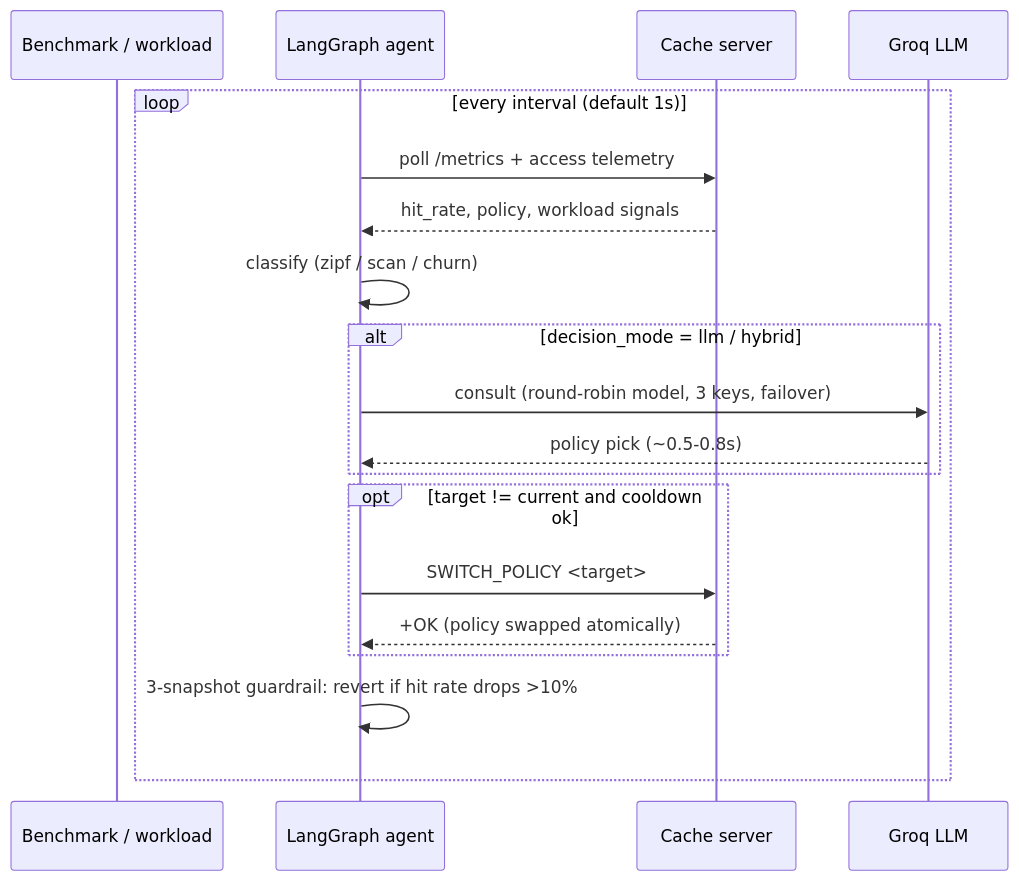
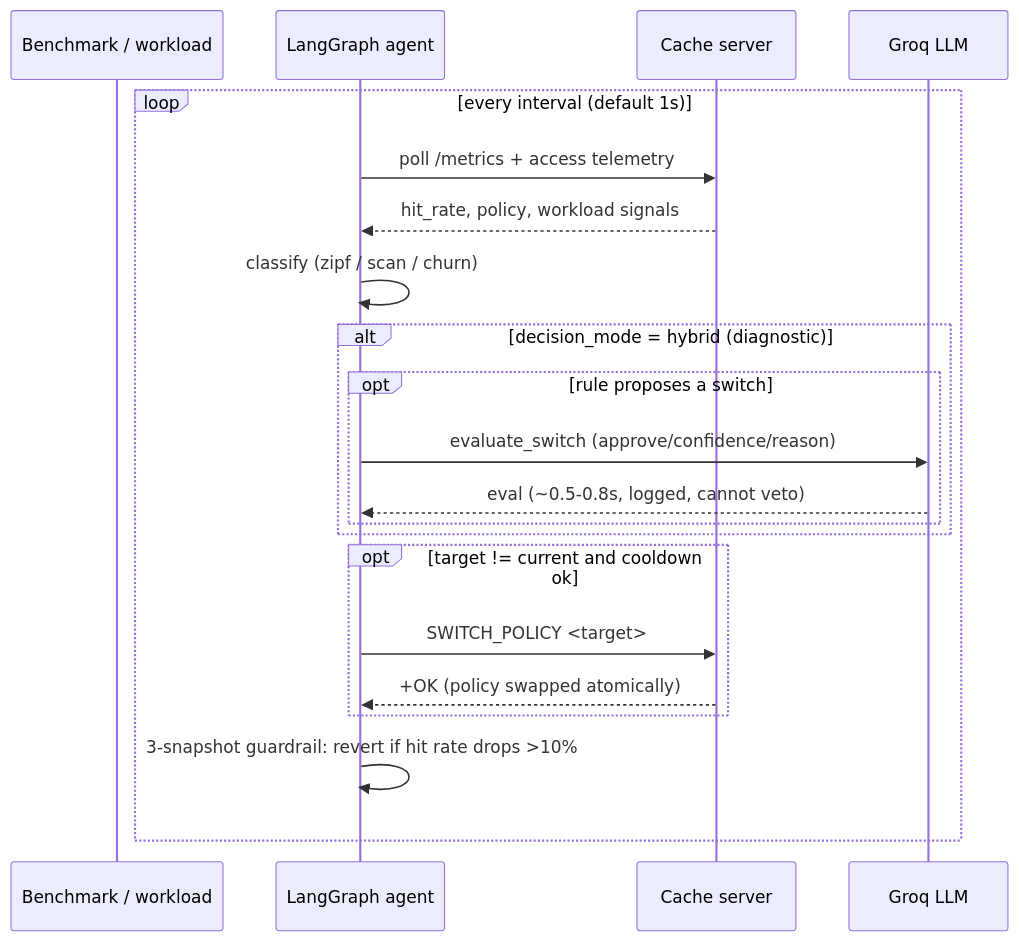
The second of 2 diagrams in README.md (ima-d-ice/polycache), drawn with Mermaid before and after one commit. The commit also changed other lines of this file and 1 other file, not shown here.

First line of the commit message:
report: final 5-seed decision-mode compare (INCONCLUSIVE -> rule) + LLM demotion docs

````diff
--- a/README.md
+++ b/README.md
@@ -52,22 +53,24 @@
 ```mermaid
 sequenceDiagram
     participant B as Benchmark / workload
     participant AG as LangGraph agent
     participant C as Cache server
     participant G as Groq LLM
 
     loop every interval (default 1s)
         AG->>C: poll /metrics + access telemetry
         C-->>AG: hit_rate, policy, workload signals
         AG->>AG: classify (zipf / scan / churn)
-        alt decision_mode = llm / hybrid
-            AG->>G: consult (round-robin model, 3 keys, failover)
-            G-->>AG: policy pick (~0.5-0.8s)
+        alt decision_mode = hybrid (diagnostic)
+            opt rule proposes a switch
+                AG->>G: evaluate_switch (approve/confidence/reason)
+                G-->>AG: eval (~0.5-0.8s, logged, cannot veto)
+            end
         end
         opt target != current and cooldown ok
             AG->>C: SWITCH_POLICY <target>
             C-->>AG: +OK (policy swapped atomically)
         end
         AG->>AG: 3-snapshot guardrail: revert if hit rate drops >10%
     end
 ```
````
